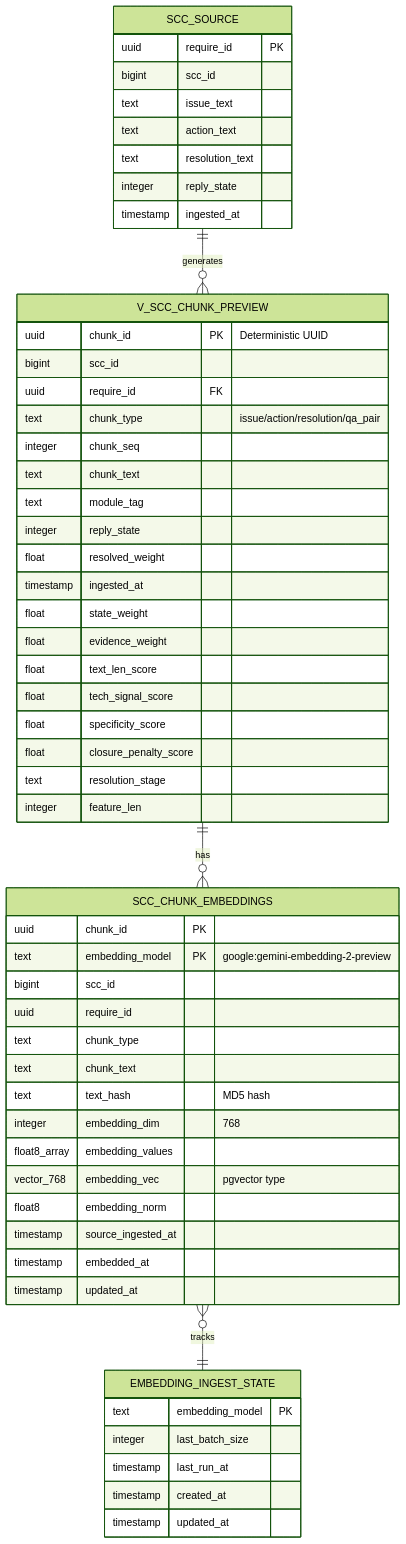
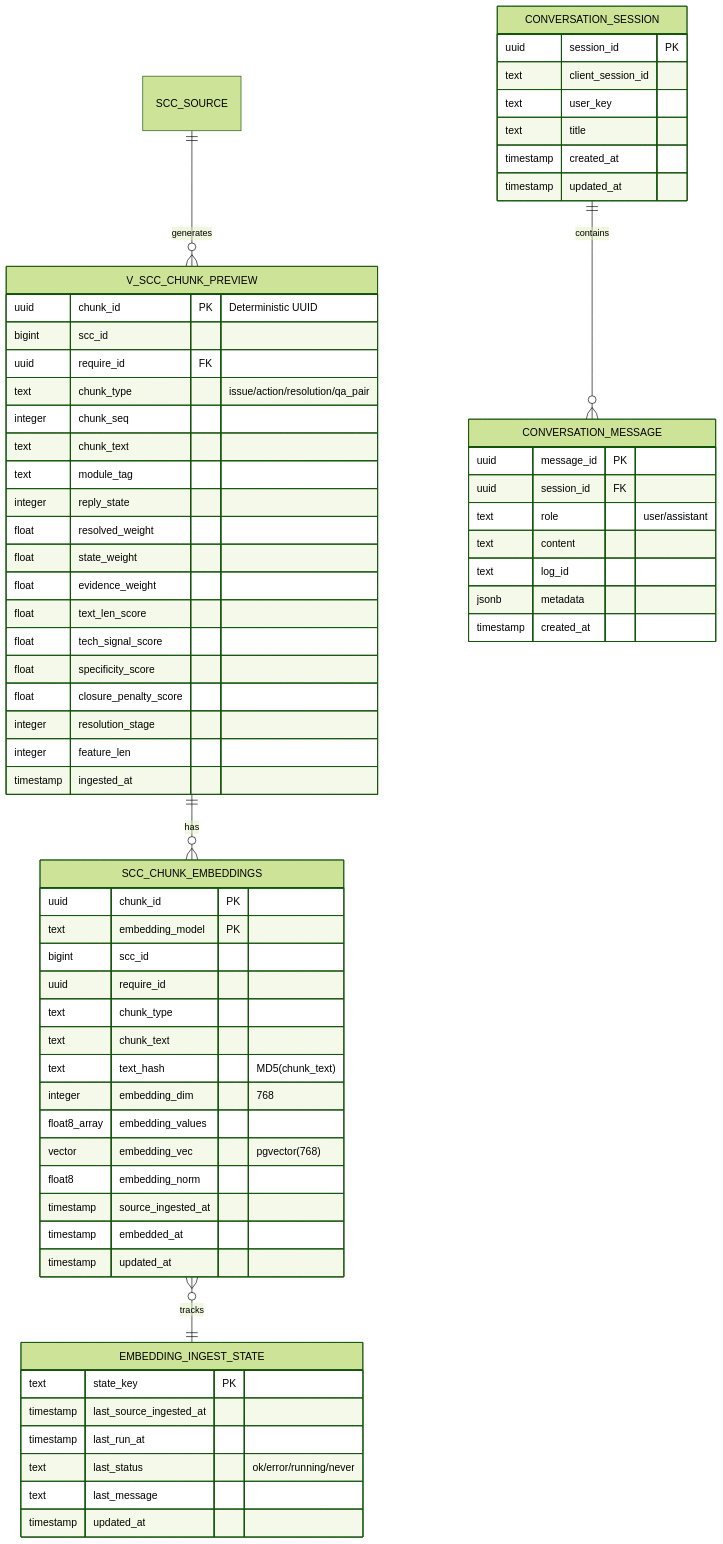
Before and after one commit to jdhert/CS-ChatBot: the diagram in docs/DATABASE.md, drawn with Mermaid (forest theme). The commit also changed other lines of this file and 2 other files, not shown here.

````diff
--- a/docs/DATABASE.md
+++ b/docs/DATABASE.md
@@ -36,62 +29,73 @@
 ```mermaid
 erDiagram
     SCC_SOURCE ||--o{ V_SCC_CHUNK_PREVIEW : "generates"
     V_SCC_CHUNK_PREVIEW ||--o{ SCC_CHUNK_EMBEDDINGS : "has"
     SCC_CHUNK_EMBEDDINGS }o--|| EMBEDDING_INGEST_STATE : "tracks"
-
-    SCC_SOURCE {
-        uuid require_id PK
-        bigint scc_id
-        text issue_text
-        text action_text
-        text resolution_text
-        integer reply_state
-        timestamp ingested_at
-    }
+    CONVERSATION_SESSION ||--o{ CONVERSATION_MESSAGE : "contains"
 
     V_SCC_CHUNK_PREVIEW {
         uuid chunk_id PK "Deterministic UUID"
         bigint scc_id
         uuid require_id FK
         text chunk_type "issue/action/resolution/qa_pair"
         integer chunk_seq
         text chunk_text
         text module_tag
         integer reply_state
         float resolved_weight
-        timestamp ingested_at
         float state_weight
         float evidence_weight
         float text_len_score
         float tech_signal_score
         float specificity_score
         float closure_penalty_score
-        text resolution_stage
+        integer resolution_stage
         integer feature_len
+        timestamp ingested_at
     }
 
     SCC_CHUNK_EMBEDDINGS {
         uuid chunk_id PK
-        text embedding_model PK "google:gemini-embedding-2-preview"
+        text embedding_model PK
         bigint scc_id
         uuid require_id
         text chunk_type
         text chunk_text
-        text text_hash "MD5 hash"
+        text text_hash "MD5(chunk_text)"
         integer embedding_dim "768"
         float8_array embedding_values
-        vector_768 embedding_vec "pgvector type"
+        vector embedding_vec "pgvector(768)"
         float8 embedding_norm
         timestamp source_ingested_at
         timestamp embedded_at
         timestamp updated_at
     }
 
     EMBEDDING_INGEST_STATE {
-        text embedding_model PK
-        integer last_batch_size
+        text state_key PK
+        timestamp last_source_ingested_at
         timestamp last_run_at
+        text last_status "ok/error/running/never"
+        text last_message
+        timestamp updated_at
+    }
+
+    CONVERSATION_SESSION {
+        uuid session_id PK
+        text client_session_id
+        text user_key
+        text title
         timestamp created_at
         timestamp updated_at
     }
+
+    CONVERSATION_MESSAGE {
+        uuid message_id PK
+        uuid session_id FK
+        text role "user/assistant"
+        text content
+        text log_id
+        jsonb metadata
+        timestamp created_at
+    }
 ```
````
